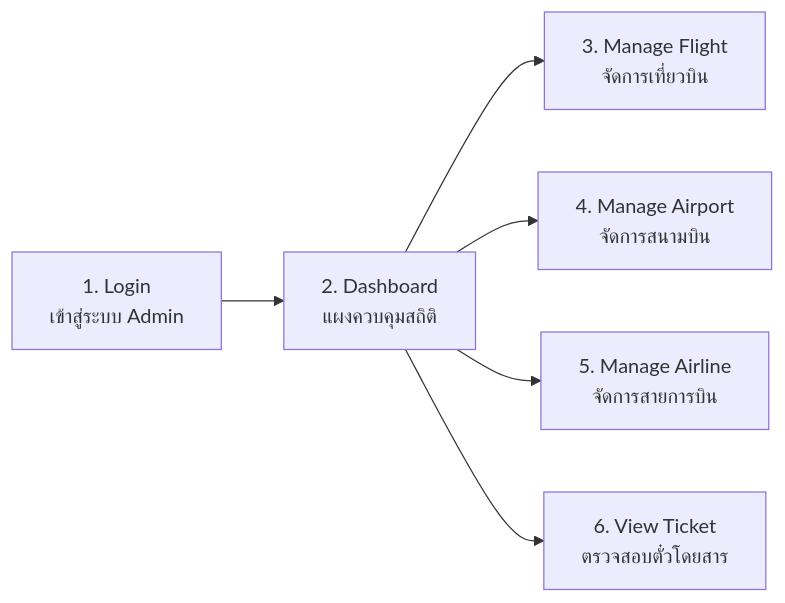
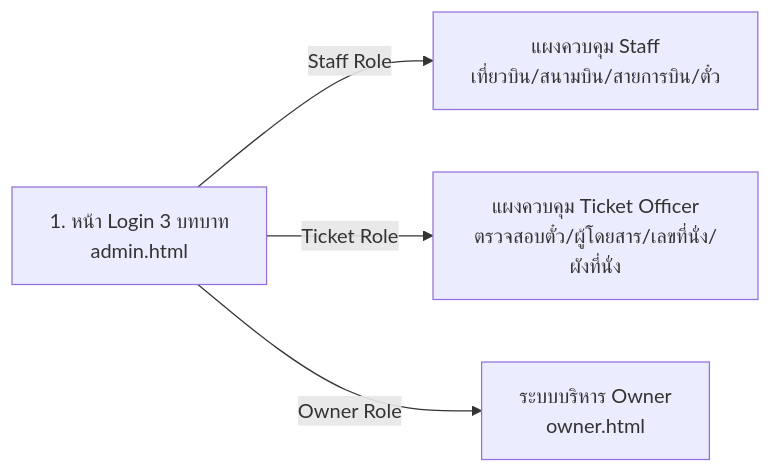
One commit to dewdrew02/Xfly-project changed the second of 3 diagrams in README.md. Above: the diagram before and after it, drawn with Mermaid. The commit also changed other lines of this file and 23 other files, not shown here.

````diff
--- a/README.md
+++ b/README.md
@@ -28,8 +28,6 @@
 ```mermaid
 flowchart LR
-    A[1. Login<br/>เข้าสู่ระบบ Admin] --> B[2. Dashboard<br/>แผงควบคุมสถิติ]
-    B --> C[3. Manage Flight<br/>จัดการเที่ยวบิน]
-    B --> D[4. Manage Airport<br/>จัดการสนามบิน]
-    B --> E[5. Manage Airline<br/>จัดการสายการบิน]
-    B --> F[6. View Ticket<br/>ตรวจสอบตั๋วโดยสาร]
+    A[1. หน้า Login 3 บทบาท<br/>admin.html] -->|Staff Role| B[แผงควบคุม Staff<br/>เที่ยวบิน/สนามบิน/สายการบิน/ตั๋ว]
+    A -->|Ticket Role| C[แผงควบคุม Ticket Officer<br/>ตรวจสอบตั๋ว/ผู้โดยสาร/เลขที่นั่ง/ผังที่นั่ง]
+    A -->|Owner Role| D[ระบบบริหาร Owner<br/>owner.html]
 ```
````
